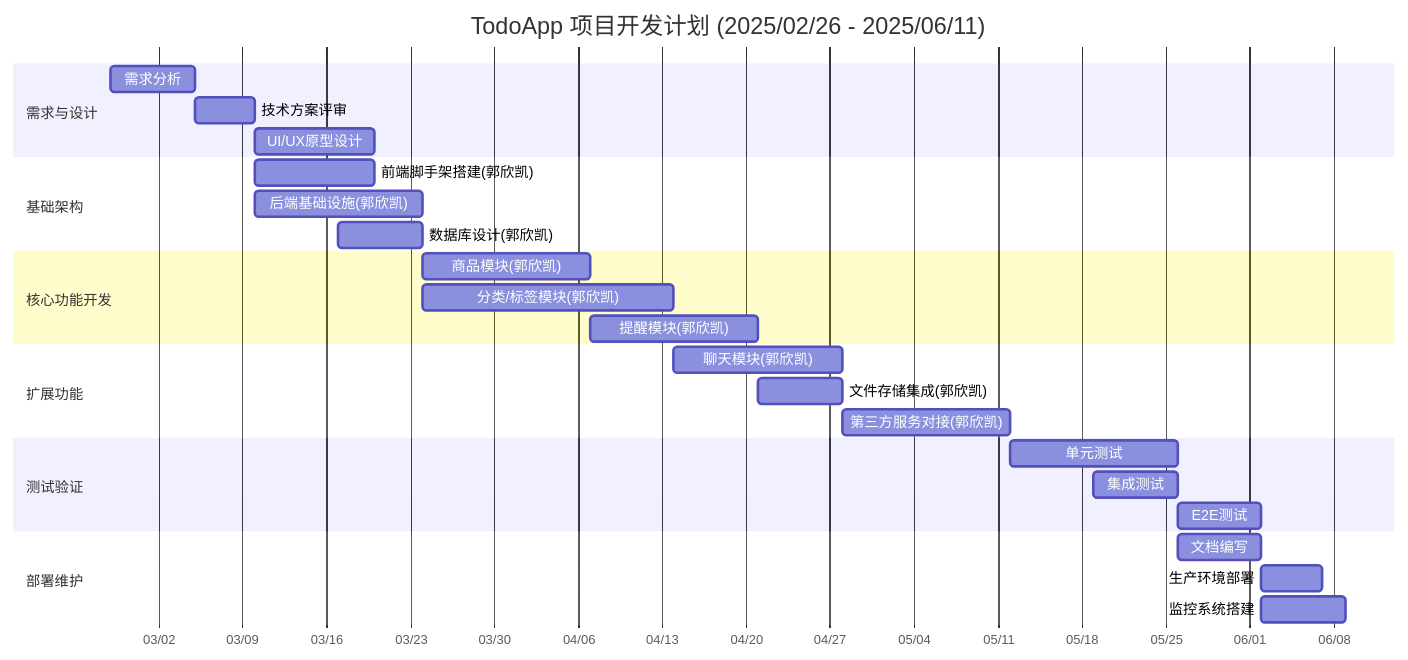
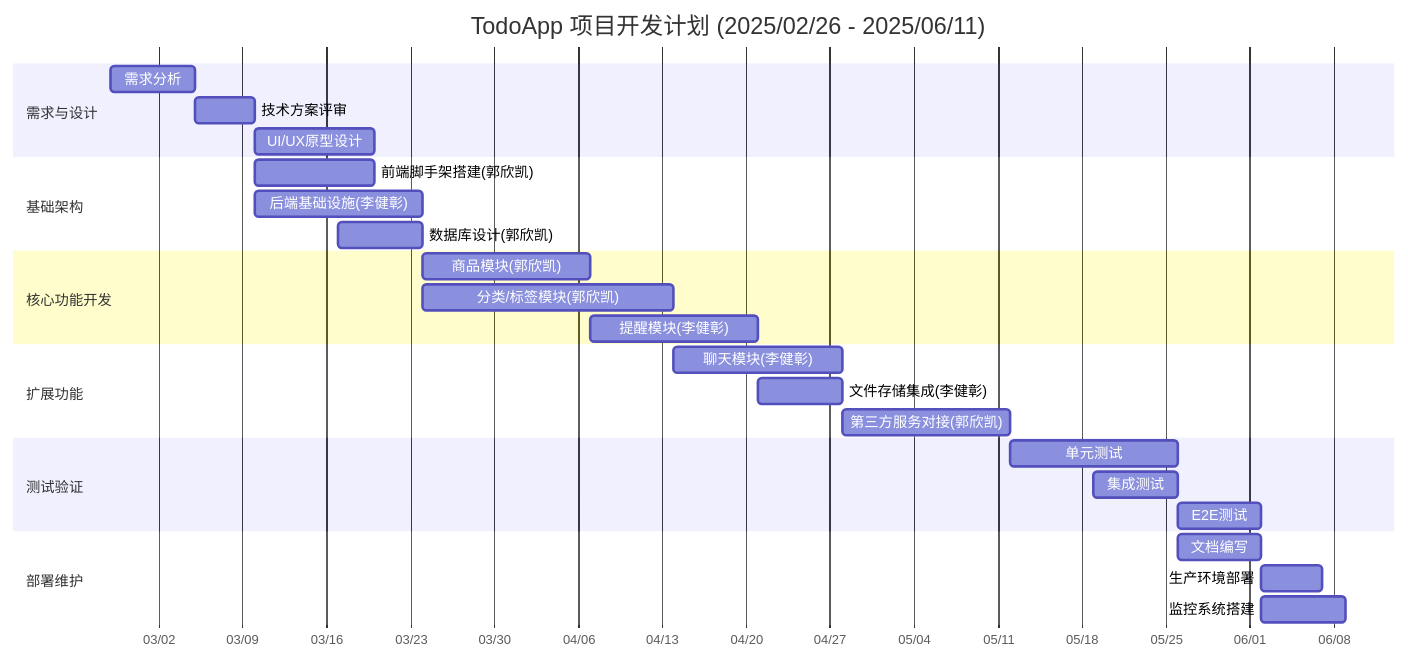
One commit to onlygggxk/docs changed the second of 2 diagrams in README.md. Above: the diagram before and after it, drawn with Mermaid. The commit also changed other lines of this file, not shown here.

````diff
--- a/README.md
+++ b/README.md
@@ -109,36 +110,36 @@
 ```mermaid
 gantt
     title TodoApp 项目开发计划 (2025/02/26 - 2025/06/11)
     dateFormat  YYYY-MM-DD
     axisFormat %m/%d
     
     section 需求与设计
     需求分析           :a1, 2025-02-26, 7d
     技术方案评审       :a2, after a1, 5d
     UI/UX原型设计      :a3, after a2, 10d
     
     section 基础架构
     前端脚手架搭建(郭欣凯)  :b1, 2025-03-10, 10d
-    后端基础设施(郭欣凯)   :b2, 2025-03-10, 14d
+    后端基础设施(李健彰)   :b2, 2025-03-10, 14d
     数据库设计(郭欣凯)    :b3, 2025-03-17, 7d
     
     section 核心功能开发
     商品模块(郭欣凯)     :c1, 2025-03-24, 14d
     分类/标签模块(郭欣凯) :c2, 2025-03-24, 21d
-    提醒模块(郭欣凯)     :c3, 2025-04-07, 14d
+    提醒模块(李健彰)     :c3, 2025-04-07, 14d
     
     section 扩展功能
-    聊天模块(郭欣凯)   :d1, 2025-04-14, 14d
-    文件存储集成(郭欣凯) :d2, 2025-04-21, 7d
+    聊天模块(李健彰)   :d1, 2025-04-14, 14d
+    文件存储集成(李健彰) :d2, 2025-04-21, 7d
     第三方服务对接(郭欣凯) :d3, 2025-04-28, 14d
     
     section 测试验证
     单元测试           :e1, 2025-05-12, 14d
     集成测试           :e2, 2025-05-19, 7d
     E2E测试           :e3, 2025-05-26, 7d
     
     section 部署维护
     文档编写           :f1, 2025-05-26, 7d
     生产环境部署       :f2, 2025-06-02, 5d
     监控系统搭建       :f3, 2025-06-02, 7d
 ```
````
